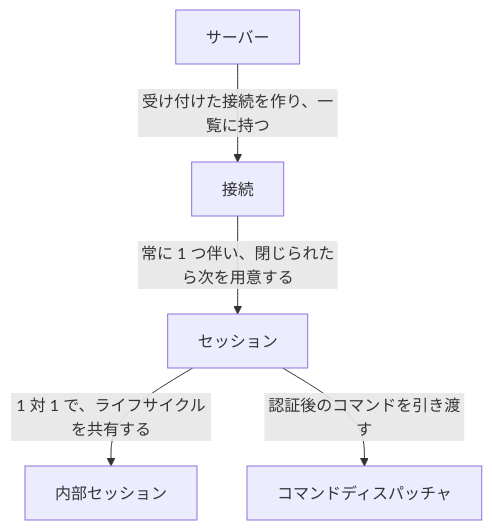
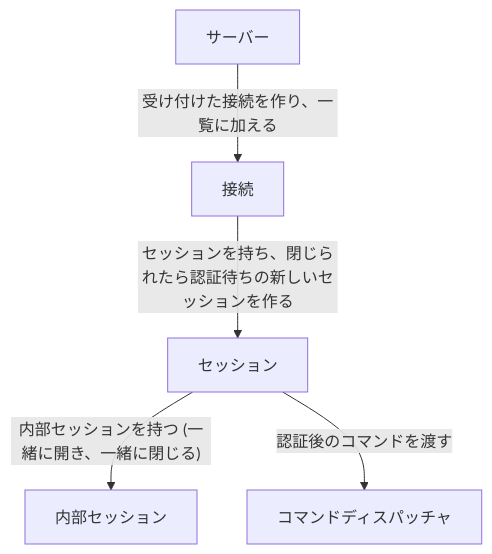
Before and after one commit to ren-yamanashi/minesql: the first of 4 diagrams in docs/specification/connection/connection_handler.md, drawn with Mermaid. The commit also changed other lines of this file, not shown here.

````diff
--- a/docs/specification/connection/connection_handler.md
+++ b/docs/specification/connection/connection_handler.md
@@ -26,7 +26,7 @@
 ```mermaid
 flowchart TD
-    S["サーバー"] -->|"受け付けた接続を作り、一覧に持つ"| C["接続"]
-    C -->|"常に 1 つ伴い、閉じられたら次を用意する"| N["セッション"]
-    N -->|"1 対 1 で、ライフサイクルを共有する"| I["内部セッション"]
-    N -->|"認証後のコマンドを引き渡す"| D["コマンドディスパッチャ"]
+    S["サーバー"] -->|"受け付けた接続を作り、一覧に加える"| C["接続"]
+    C -->|"セッションを持ち、閉じられたら認証待ちの新しいセッションを作る"| N["セッション"]
+    N -->|"内部セッションを持つ (一緒に開き、一緒に閉じる)"| I["内部セッション"]
+    N -->|"認証後のコマンドを渡す"| D["コマンドディスパッチャ"]
 ```
````
